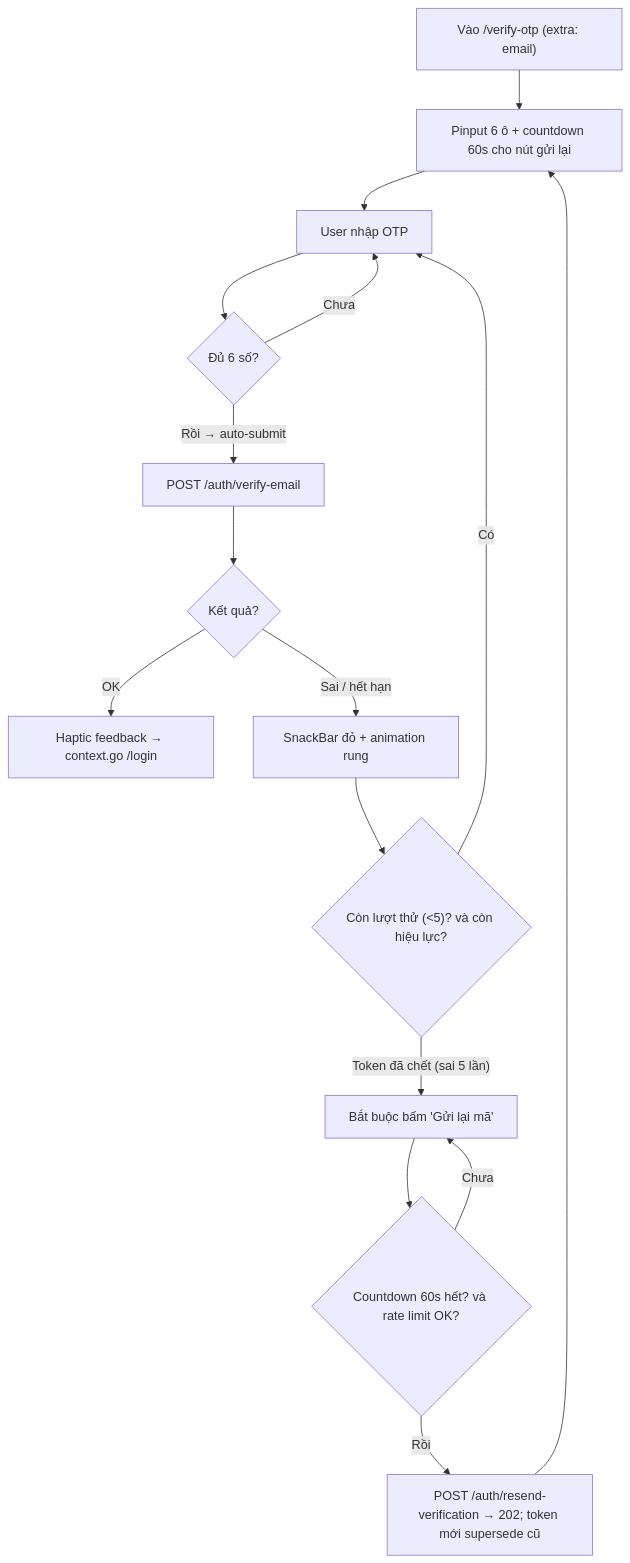
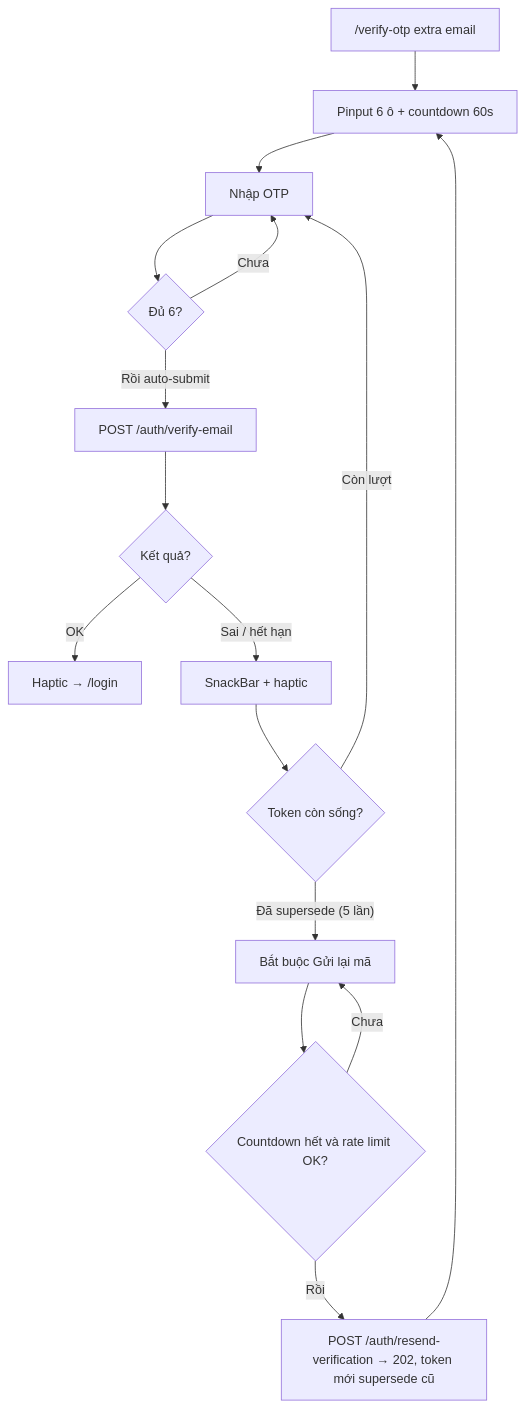
One commit to FintechVSF-Tranning/PaySplit-RP changed the seventh of 8 diagrams in flow/01-auth.md. Above: the diagram before and after it, drawn with Mermaid. The commit also changed other lines of this file and 8 other files, not shown here.

````diff
--- a/flow/01-auth.md
+++ b/flow/01-auth.md
@@ -311,18 +330,18 @@
 ```mermaid
 flowchart TD
-    A["Vào /verify-otp (extra: email)"] --> B["Pinput 6 ô + countdown 60s cho nút gửi lại"]
-    B --> C["User nhập OTP"]
-    C --> D{"Đủ 6 số?"}
+    A["/verify-otp extra email"] --> B["Pinput 6 ô + countdown 60s"]
+    B --> C["Nhập OTP"]
+    C --> D{"Đủ 6?"}
     D -->|"Chưa"| C
-    D -->|"Rồi → auto-submit"| E["POST /auth/verify-email"]
+    D -->|"Rồi auto-submit"| E["POST /auth/verify-email"]
     E --> F{"Kết quả?"}
-    F -->|"OK"| G["Haptic feedback → context.go /login"]
-    F -->|"Sai / hết hạn"| H["SnackBar đỏ + animation rung"]
-    H --> I{"Còn lượt thử (<5)? và còn hiệu lực?"}
-    I -->|"Có"| C
-    I -->|"Token đã chết (sai 5 lần)"| J["Bắt buộc bấm 'Gửi lại mã'"]
-    J --> K{"Countdown 60s hết? và rate limit OK?"}
+    F -->|"OK"| G["Haptic → /login"]
+    F -->|"Sai / hết hạn"| H["SnackBar + haptic"]
+    H --> I{"Token còn sống?"}
+    I -->|"Còn lượt"| C
+    I -->|"Đã supersede (5 lần)"| J["Bắt buộc Gửi lại mã"]
+    J --> K{"Countdown hết và rate limit OK?"}
     K -->|"Chưa"| J
-    K -->|"Rồi"| L["POST /auth/resend-verification → 202; token mới supersede cũ"]
+    K -->|"Rồi"| L["POST /auth/resend-verification → 202, token mới supersede cũ"]
     L --> B
 ```
````
